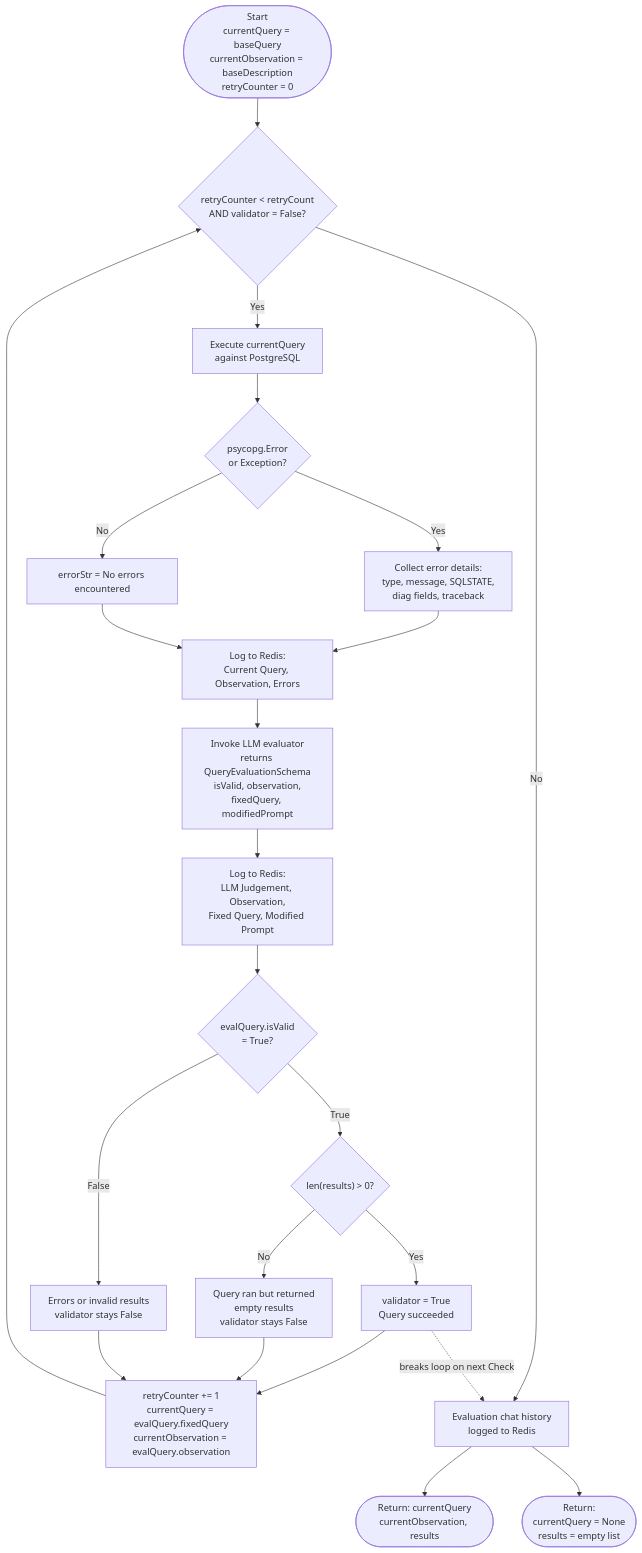
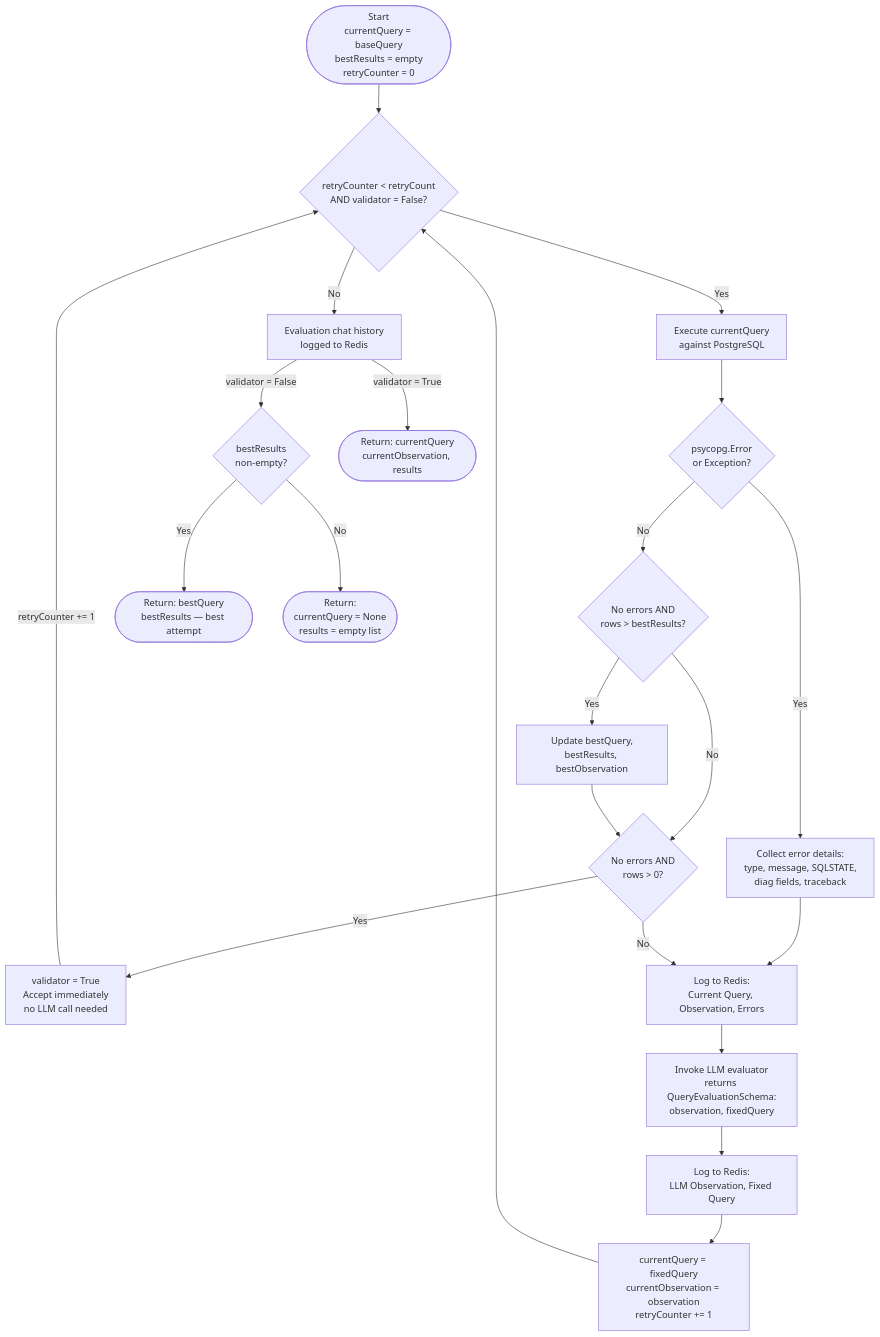
The third of 8 diagrams in sqlQueryEngine/README.md (codeadeel/sqlqueryengine), drawn with Mermaid before and after one commit. The commit also changed other lines of this file and 25 other files, not shown here.

````diff
--- a/sqlQueryEngine/README.md
+++ b/sqlQueryEngine/README.md
@@ -164,44 +172,43 @@
 ```mermaid
 flowchart TD
-    Start(["Start<br/>currentQuery = baseQuery<br/>currentObservation = baseDescription<br/>retryCounter = 0"])
+    Start(["Start<br/>currentQuery = baseQuery<br/>bestResults = empty<br/>retryCounter = 0"])
     Check{"retryCounter < retryCount<br/>AND validator = False?"}
     Execute["Execute currentQuery<br/>against PostgreSQL"]
     Errors{"psycopg.Error<br/>or Exception?"}
     CollectErrors["Collect error details:<br/>type, message, SQLSTATE,<br/>diag fields, traceback"]
-    NoErrors["errorStr = No errors encountered"]
+    TrackBest{"No errors AND<br/>rows > bestResults?"}
+    UpdateBest["Update bestQuery,<br/>bestResults, bestObservation"]
+    EarlyAccept{"No errors AND<br/>rows > 0?"}
+    Accept["validator = True<br/>Accept immediately<br/>no LLM call needed"]
     LogPre["Log to Redis:<br/>Current Query, Observation, Errors"]
-    InvokeLLM["Invoke LLM evaluator<br/>returns QueryEvaluationSchema<br/>isValid, observation,<br/>fixedQuery, modifiedPrompt"]
-    LogPost["Log to Redis:<br/>LLM Judgement, Observation,<br/>Fixed Query, Modified Prompt"]
-    IsValid{"evalQuery.isValid<br/>= True?"}
-    HasRows{"len(results) > 0?"}
-    MarkValid["validator = True<br/>Query succeeded"]
-    EmptyRetry["Query ran but returned<br/>empty results<br/>validator stays False"]
-    InvalidRetry["Errors or invalid results<br/>validator stays False"]
-    Increment["retryCounter += 1<br/>currentQuery = evalQuery.fixedQuery<br/>currentObservation = evalQuery.observation"]
+    InvokeLLM["Invoke LLM evaluator<br/>returns QueryEvaluationSchema:<br/>observation, fixedQuery"]
+    LogPost["Log to Redis:<br/>LLM Observation, Fixed Query"]
+    UpdateState["currentQuery = fixedQuery<br/>currentObservation = observation<br/>retryCounter += 1"]
     SaveHistory["Evaluation chat history<br/>logged to Redis"]
+    HasBest{"bestResults<br/>non-empty?"}
     ReturnSuccess(["Return: currentQuery<br/>currentObservation, results"])
+    ReturnBest(["Return: bestQuery<br/>bestResults — best attempt"])
     ReturnFailure(["Return:<br/>currentQuery = None<br/>results = empty list"])
 
     Start --> Check
     Check -->|"Yes"| Execute
     Check -->|"No"| SaveHistory
     Execute --> Errors
     Errors -->|"Yes"| CollectErrors
-    Errors -->|"No"| NoErrors
+    Errors -->|"No"| TrackBest
     CollectErrors --> LogPre
-    NoErrors --> LogPre
+    TrackBest -->|"Yes"| UpdateBest
+    TrackBest -->|"No"| EarlyAccept
+    UpdateBest --> EarlyAccept
+    EarlyAccept -->|"Yes"| Accept
+    EarlyAccept -->|"No"| LogPre
+    Accept -->|"retryCounter += 1"| Check
     LogPre --> InvokeLLM
     InvokeLLM --> LogPost
-    LogPost --> IsValid
-    IsValid -->|"True"| HasRows
-    IsValid -->|"False"| InvalidRetry
-    HasRows -->|"Yes"| MarkValid
-    HasRows -->|"No"| EmptyRetry
-    MarkValid --> Increment
-    EmptyRetry --> Increment
-    InvalidRetry --> Increment
-    Increment --> Check
-    SaveHistory --> ReturnSuccess
-    SaveHistory --> ReturnFailure
-    MarkValid -.->|"breaks loop on next Check"| SaveHistory
+    LogPost --> UpdateState
+    UpdateState --> Check
+    SaveHistory -->|"validator = True"| ReturnSuccess
+    SaveHistory -->|"validator = False"| HasBest
+    HasBest -->|"Yes"| ReturnBest
+    HasBest -->|"No"| ReturnFailure
 ```
````
